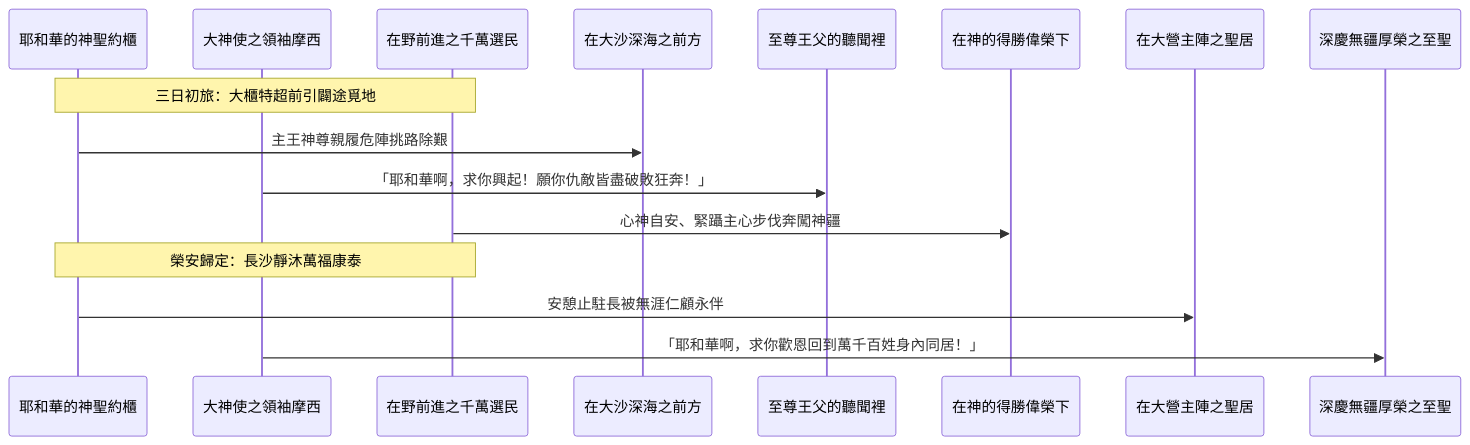
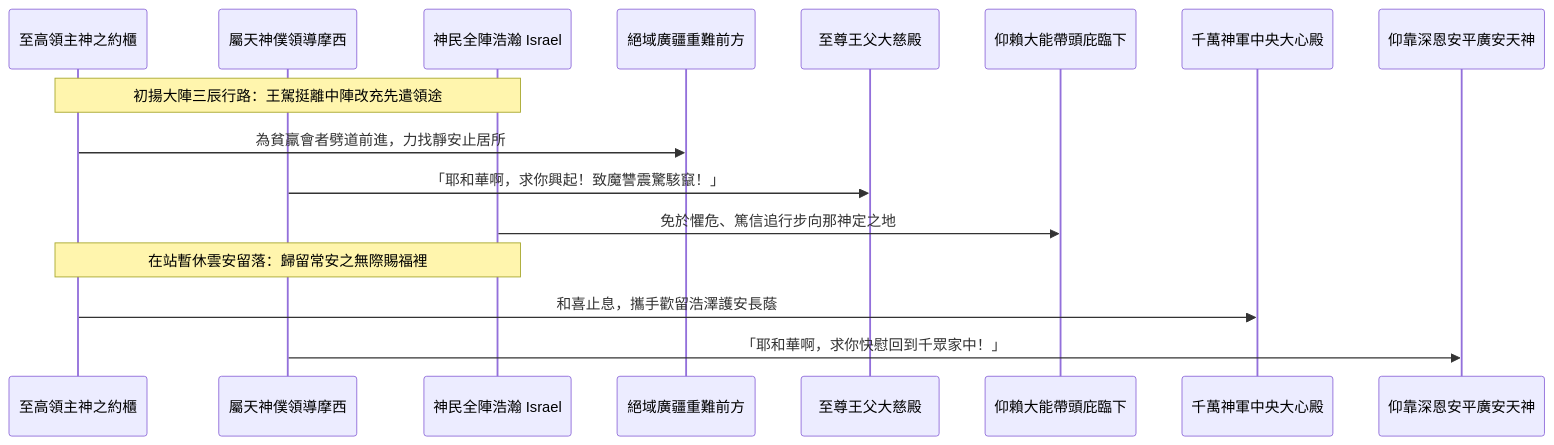
One commit to andyjr5566/Bible_wiki_zh changed the second of 2 diagrams in 04 民數記/第10章.md. Above: the diagram before and after it, drawn with Mermaid. The commit also changed other lines of this file and 6 other files, not shown here.

````diff
--- a/04 民數記/第10章.md
+++ b/04 民數記/第10章.md
@@ -145,14 +139,14 @@
 ```mermaid
 sequenceDiagram
-    participant 耶和華的神聖約櫃
-    participant 大神使之領袖摩西
-    participant 在野前進之千萬選民
+    participant 至高領主神之約櫃
+    participant 屬天神僕領導摩西
+    participant 神民全陣浩瀚 Israel
     
-    Note over 耶和華的神聖約櫃,在野前進之千萬選民: 三日初旅：大櫃特超前引闢途覓地
-    耶和華的神聖約櫃->>在大沙深海之前方: 主王神尊親履危陣挑路除艱
-    大神使之領袖摩西->>至尊王父的聽聞裡: 「耶和華啊，求你興起！願你仇敵皆盡破敗狂奔！」
-    在野前進之千萬選民->>在神的得勝偉榮下: 心神自安、緊躡主心步伐奔闖神疆
-    Note over 耶和華的神聖約櫃,在野前進之千萬選民: 榮安歸定：長沙靜沐萬福康泰
-    耶和華的神聖約櫃->>在大營主陣之聖居: 安憩止駐長被無涯仁顧永伴
-    大神使之領袖摩西->>深慶無疆厚榮之至聖: 「耶和華啊，求你歡恩回到萬千百姓身內同居！」
+    Note over 至高領主神之約櫃,神民全陣浩瀚 Israel: 初揚大陣三辰行路：王駕挺離中陣改充先遣領途
+    至高領主神之約櫃->>絕域廣疆重難前方: 為貧羸會者劈道前進，力找靜安止居所
+    屬天神僕領導摩西->>至尊王父大慈殿: 「耶和華啊，求你興起！致魔讐震驚駭竄！」
+    神民全陣浩瀚 Israel->>仰賴大能帶頭庇臨下: 免於懼危、篤信追行步向那神定之地
+    Note over 至高領主神之約櫃,神民全陣浩瀚 Israel: 在站暫休雲安留落：歸留常安之無際賜福裡
+    至高領主神之約櫃->>千萬神軍中央大心殿: 和喜止息，攜手歡留浩澤護安長蔭
+    屬天神僕領導摩西->>仰靠深恩安平廣安天神: 「耶和華啊，求你快慰回到千眾家中！」
 ```
````
